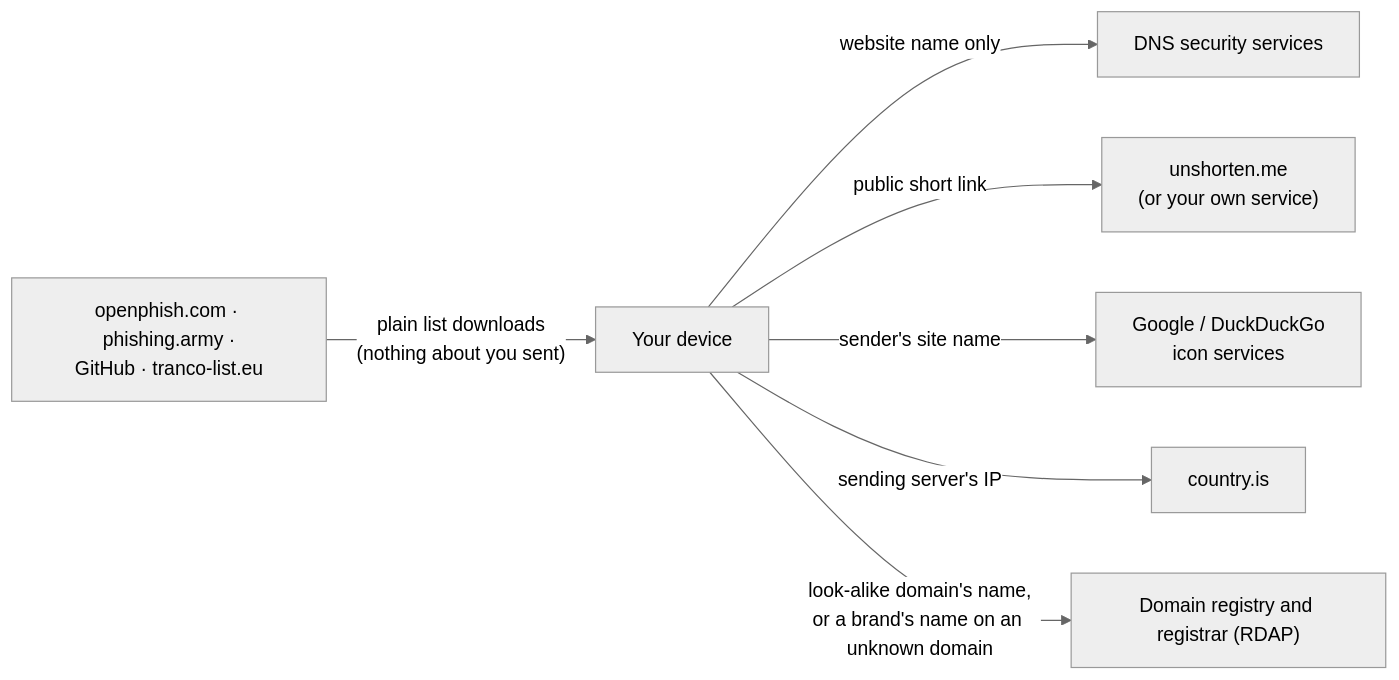
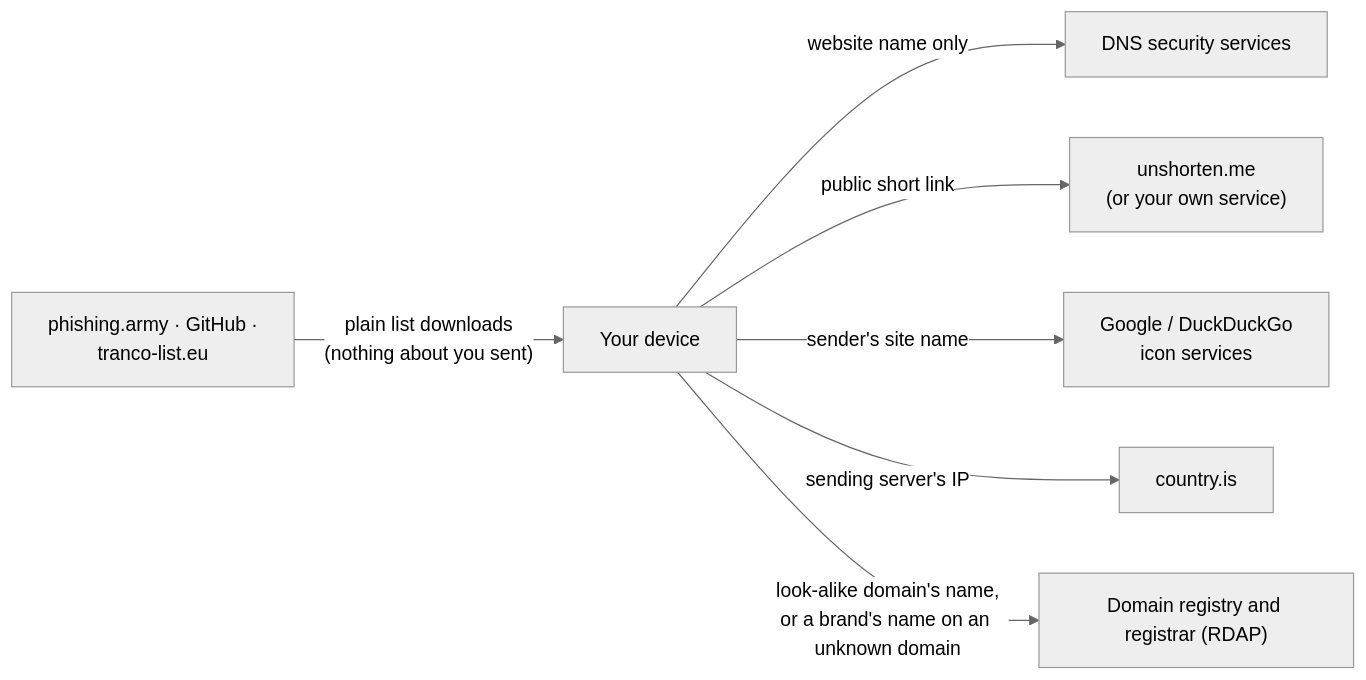
One commit to thecodewarrior2/SPRUCE-Browser-Extension changed the ninth of 9 diagrams in docs/ARCHITECTURE.md. Above: the diagram before and after it, drawn with Mermaid (neutral theme). The commit also changed other lines of this file and 15 other files, not shown here.

````diff
--- a/docs/ARCHITECTURE.md
+++ b/docs/ARCHITECTURE.md
@@ -335,9 +343,9 @@
 ```mermaid
 flowchart LR
   D["Your device"] -- "website name only" --> DNS["DNS security services"]
   D -- "public short link" --> UN["unshorten.me<br/>(or your own service)"]
   D -- "sender's site name" --> IC["Google / DuckDuckGo<br/>icon services"]
   D -- "sending server's IP" --> CI["country.is"]
   D -- "look-alike domain's name,<br/>or a brand's name on an unknown domain" --> RD["Domain registry and registrar (RDAP)"]
-  LS["openphish.com · phishing.army ·<br/>GitHub · tranco-list.eu"] -- "plain list downloads<br/>(nothing about you sent)" --> D
+  LS["phishing.army · GitHub ·<br/>tranco-list.eu"] -- "plain list downloads<br/>(nothing about you sent)" --> D
 ```
````
